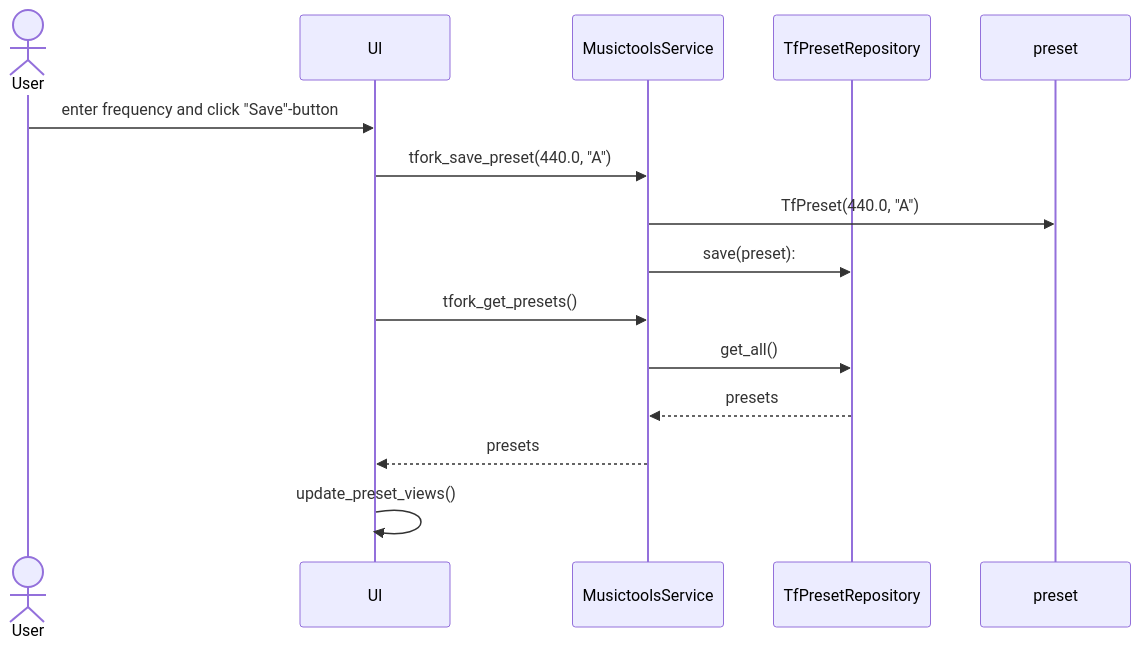
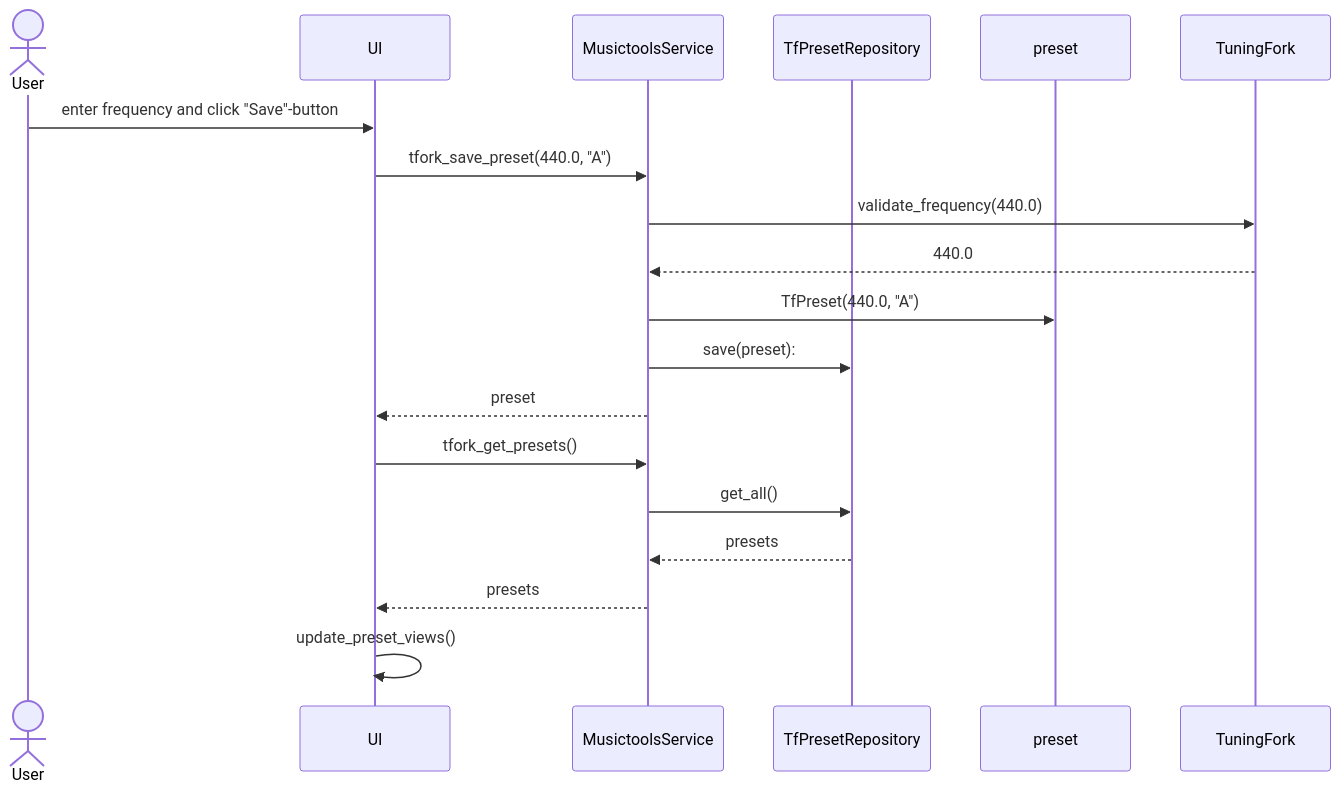
Before and after one commit to piamanns/ot-harjoitustyo: the third of 3 diagrams in musictools/dokumentaatio/arkkitehtuuri.md, drawn with Mermaid. The commit also changed other lines of this file, not shown here.

````diff
--- a/musictools/dokumentaatio/arkkitehtuuri.md
+++ b/musictools/dokumentaatio/arkkitehtuuri.md
@@ -44,17 +48,21 @@
 ```mermaid
 sequenceDiagram
     actor User
     participant UI
     participant MusictoolsService
     participant TfPresetRepository
     participant preset
+    participant TuningFork
     User->>UI: enter frequency and click "Save"-button
     UI->>MusictoolsService: tfork_save_preset(440.0, "A")
+    MusictoolsService->>TuningFork: validate_frequency(440.0)
+    TuningFork-->>MusictoolsService: 440.0
     MusictoolsService->>preset: TfPreset(440.0, "A")
     MusictoolsService->>TfPresetRepository: save(preset):
+    MusictoolsService -->>UI: preset
     UI->>MusictoolsService: tfork_get_presets()
     MusictoolsService->>TfPresetRepository: get_all()
     TfPresetRepository-->>MusictoolsService: presets
     MusictoolsService-->>UI: presets
     UI->>UI: update_preset_views()
 ```
````
